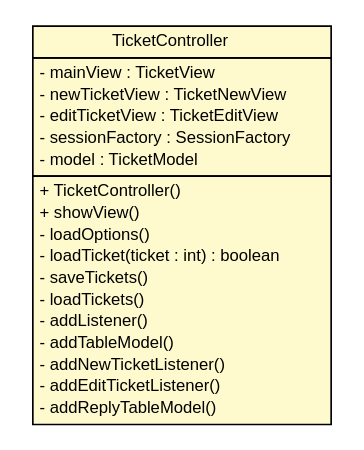
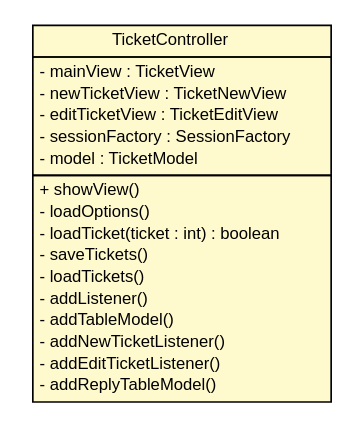
The diagram in doc/de/articmodding/TroubleTicket/TicketController.dot (Dr4K4n/TroubleTicketManagement), drawn with Graphviz before and after one commit. The commit also changed 58 other files, not shown here.

```diff
--- a/doc/de/articmodding/TroubleTicket/TicketController.dot
+++ b/doc/de/articmodding/TroubleTicket/TicketController.dot
@@ -1,38 +1,37 @@
 #!/usr/local/bin/dot
 #
 # Class diagram 
 # Generated by UMLGraph version 5.4 (http://www.umlgraph.org/)
 #
 
 digraph G {
 	edge [fontname="Helvetica",fontsize=10,labelfontname="Helvetica",labelfontsize=10];
 	node [fontname="Helvetica",fontsize=10,shape=plaintext];
 	nodesep=0.25;
 	ranksep=0.5;
 	// de.articmodding.TroubleTicket.TicketController
 	c35 [label=<<table title="de.articmodding.TroubleTicket.TicketController" border="0" cellborder="1" cellspacing="0" cellpadding="2" port="p" bgcolor="lemonChiffon" href="./TicketController.html">
 		<tr><td><table border="0" cellspacing="0" cellpadding="1">
 <tr><td align="center" balign="center"> TicketController </td></tr>
 		</table></td></tr>
 		<tr><td><table border="0" cellspacing="0" cellpadding="1">
 <tr><td align="left" balign="left"> - mainView : TicketView </td></tr>
 <tr><td align="left" balign="left"> - newTicketView : TicketNewView </td></tr>
 <tr><td align="left" balign="left"> - editTicketView : TicketEditView </td></tr>
 <tr><td align="left" balign="left"> - sessionFactory : SessionFactory </td></tr>
 <tr><td align="left" balign="left"> - model : TicketModel </td></tr>
 		</table></td></tr>
 		<tr><td><table border="0" cellspacing="0" cellpadding="1">
-<tr><td align="left" balign="left"> + TicketController() </td></tr>
 <tr><td align="left" balign="left"> + showView() </td></tr>
 <tr><td align="left" balign="left"> - loadOptions() </td></tr>
 <tr><td align="left" balign="left"> - loadTicket(ticket : int) : boolean </td></tr>
 <tr><td align="left" balign="left"> - saveTickets() </td></tr>
 <tr><td align="left" balign="left"> - loadTickets() </td></tr>
 <tr><td align="left" balign="left"> - addListener() </td></tr>
 <tr><td align="left" balign="left"> - addTableModel() </td></tr>
 <tr><td align="left" balign="left"> - addNewTicketListener() </td></tr>
 <tr><td align="left" balign="left"> - addEditTicketListener() </td></tr>
 <tr><td align="left" balign="left"> - addReplyTableModel() </td></tr>
 		</table></td></tr>
 		</table>>, URL="./TicketController.html", fontname="Helvetica", fontcolor="black", fontsize=10.0];
 }
```
